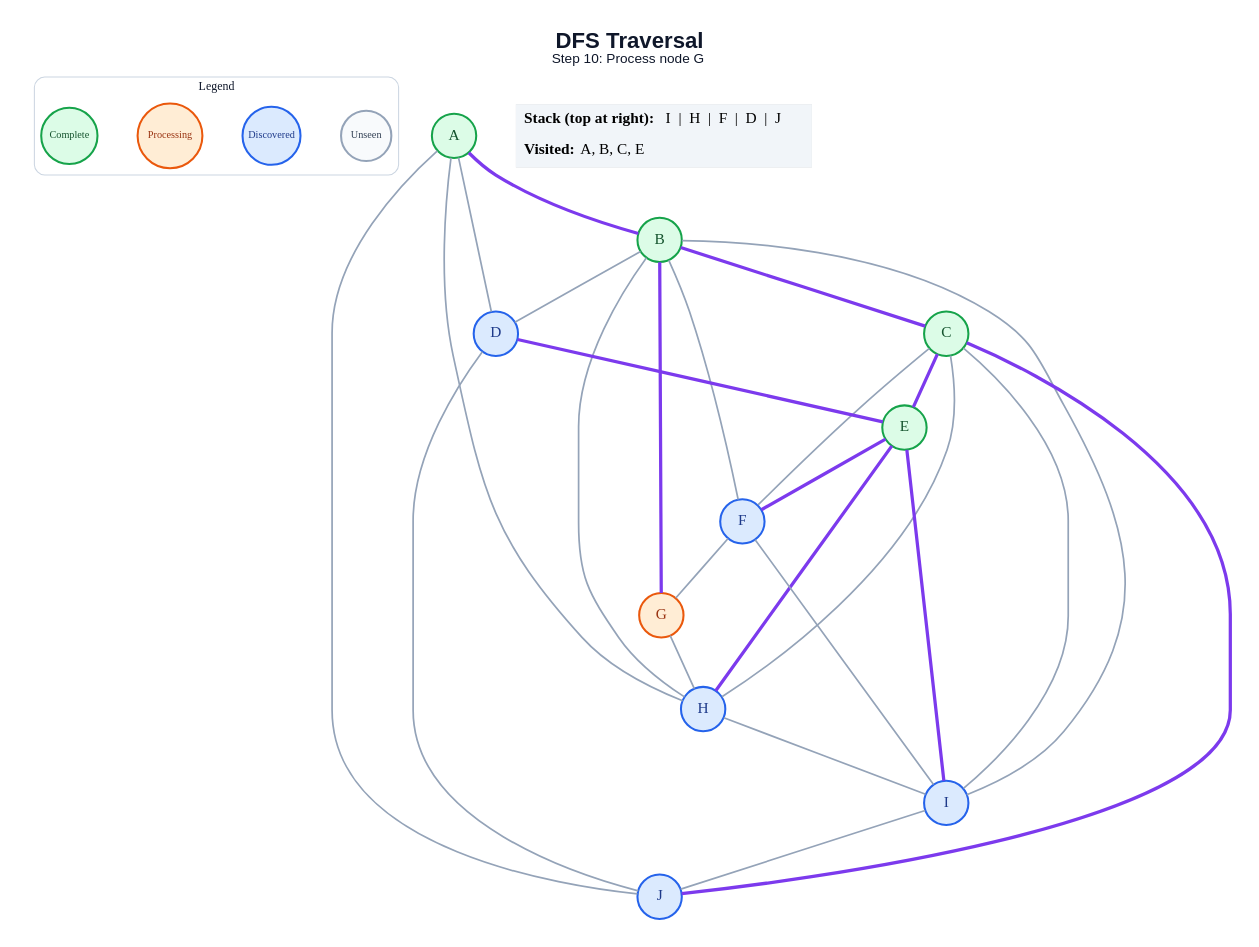
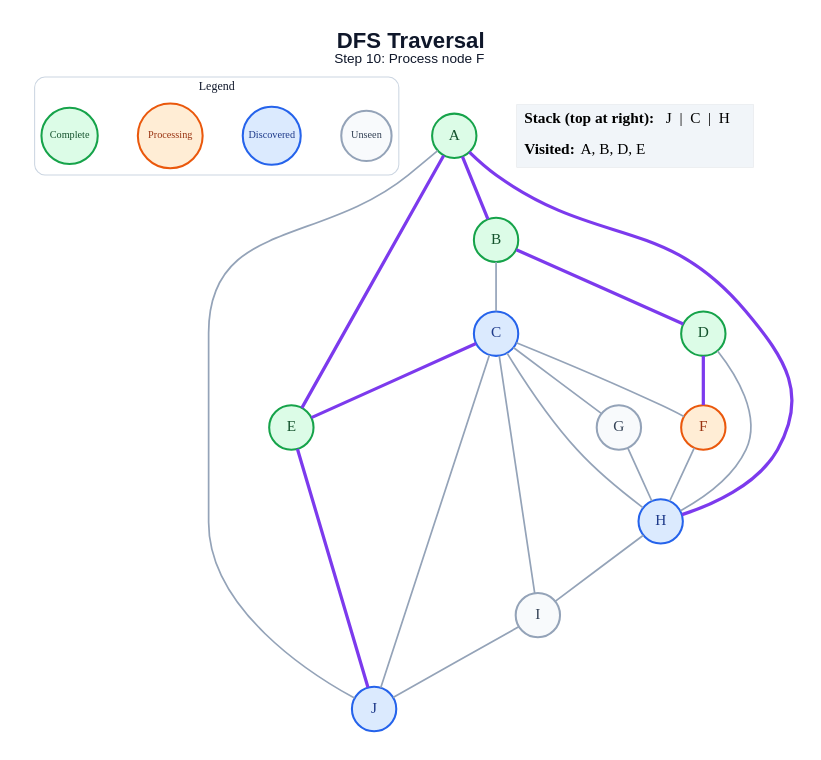
Before and after one commit to amanghodawala9/ai-slop: the diagram in generated/specific-node/dfs/step_10.dot, drawn with Graphviz. The commit also changed 178 other files, not shown here.

```diff
--- a/generated/specific-node/dfs/step_10.dot
+++ b/generated/specific-node/dfs/step_10.dot
@@ -1,54 +1,48 @@
 graph traversal {
   graph [layout=dot, rankdir=TB, bgcolor="#FFFFFF", pad="0.35", nodesep="0.65", ranksep="0.8", fontname="Arial"];
   node [shape=circle, style="filled", fontname="Arial Bold", fontsize=18, width=0.72, fixedsize=true, penwidth=2.4];
   edge [color="#94A3B8", penwidth=2.0];
-  label=<<B>DFS Traversal</B><BR/><FONT POINT-SIZE="16">Step 10: Process node G</FONT>>; labelloc="t"; fontsize=26; fontname="Arial"; fontcolor="#0F172A";
+  label=<<B>DFS Traversal</B><BR/><FONT POINT-SIZE="16">Step 10: Process node F</FONT>>; labelloc="t"; fontsize=26; fontname="Arial"; fontcolor="#0F172A";
   subgraph cluster_legend { label="Legend"; color="#CBD5E1"; penwidth=1.2; style="rounded"; fontsize=14; fontname="Arial Bold";
     key_unseen [label="Unseen", fillcolor="#F8FAFC", color="#94A3B8", fontcolor="#334155", fontsize=12, width=0.82];
     key_frontier [label="Discovered", fillcolor="#DBEAFE", color="#2563EB", fontcolor="#1E3A8A", fontsize=12, width=0.95];
     key_current [label="Processing", fillcolor="#FFEDD5", color="#EA580C", fontcolor="#9A3412", fontsize=12, width=1.05];
     key_done [label="Complete", fillcolor="#DCFCE7", color="#16A34A", fontcolor="#14532D", fontsize=12, width=0.92];
     { rank=same; key_unseen; key_frontier; key_current; key_done; }
   }
   A [fillcolor="#DCFCE7", color="#16A34A", fontcolor="#14532D"];
   B [fillcolor="#DCFCE7", color="#16A34A", fontcolor="#14532D"];
-  C [fillcolor="#DCFCE7", color="#16A34A", fontcolor="#14532D"];
-  D [fillcolor="#DBEAFE", color="#2563EB", fontcolor="#1E3A8A"];
+  C [fillcolor="#DBEAFE", color="#2563EB", fontcolor="#1E3A8A"];
+  D [fillcolor="#DCFCE7", color="#16A34A", fontcolor="#14532D"];
   E [fillcolor="#DCFCE7", color="#16A34A", fontcolor="#14532D"];
-  F [fillcolor="#DBEAFE", color="#2563EB", fontcolor="#1E3A8A"];
-  G [fillcolor="#FFEDD5", color="#EA580C", fontcolor="#9A3412"];
+  F [fillcolor="#FFEDD5", color="#EA580C", fontcolor="#9A3412"];
+  G [fillcolor="#F8FAFC", color="#94A3B8", fontcolor="#334155"];
   H [fillcolor="#DBEAFE", color="#2563EB", fontcolor="#1E3A8A"];
-  I [fillcolor="#DBEAFE", color="#2563EB", fontcolor="#1E3A8A"];
+  I [fillcolor="#F8FAFC", color="#94A3B8", fontcolor="#334155"];
   J [fillcolor="#DBEAFE", color="#2563EB", fontcolor="#1E3A8A"];
   A -- B [color="#7C3AED", penwidth=3.8];
-  A -- D;
-  A -- H;
+  A -- E [color="#7C3AED", penwidth=3.8];
+  A -- H [color="#7C3AED", penwidth=3.8];
   A -- J;
-  B -- C [color="#7C3AED", penwidth=3.8];
-  B -- D;
-  B -- F;
-  B -- G [color="#7C3AED", penwidth=3.8];
-  B -- H;
-  B -- I;
+  B -- C;
+  B -- D [color="#7C3AED", penwidth=3.8];
   C -- E [color="#7C3AED", penwidth=3.8];
   C -- F;
+  C -- G;
   C -- H;
   C -- I;
-  C -- J [color="#7C3AED", penwidth=3.8];
-  D -- E [color="#7C3AED", penwidth=3.8];
-  D -- J;
-  E -- F [color="#7C3AED", penwidth=3.8];
-  E -- H [color="#7C3AED", penwidth=3.8];
-  E -- I [color="#7C3AED", penwidth=3.8];
-  F -- G;
-  F -- I;
+  C -- J;
+  D -- F [color="#7C3AED", penwidth=3.8];
+  D -- H;
+  E -- J [color="#7C3AED", penwidth=3.8];
+  F -- H;
   G -- H;
   H -- I;
   I -- J;
   status [shape=plain, fixedsize=false, width=0, height=0, margin=0, label=<
     <TABLE BORDER="0" CELLBORDER="0" CELLPADDING="7" BGCOLOR="#F1F5F9">
-      <TR><TD ALIGN="LEFT"><B>Stack (top at right):</B> I  |  H  |  F  |  D  |  J</TD></TR>
-      <TR><TD ALIGN="LEFT"><B>Visited:</B> A, B, C, E</TD></TR>
+      <TR><TD ALIGN="LEFT"><B>Stack (top at right):</B> J  |  C  |  H</TD></TR>
+      <TR><TD ALIGN="LEFT"><B>Visited:</B> A, B, D, E</TD></TR>
     </TABLE>
   >];
 }
```
